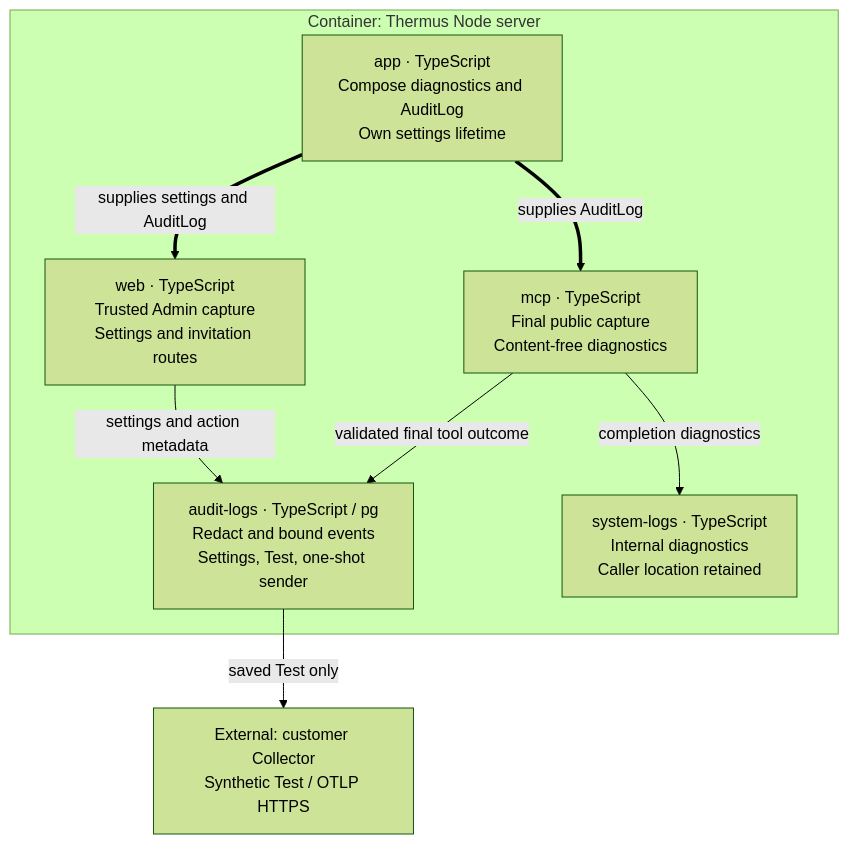
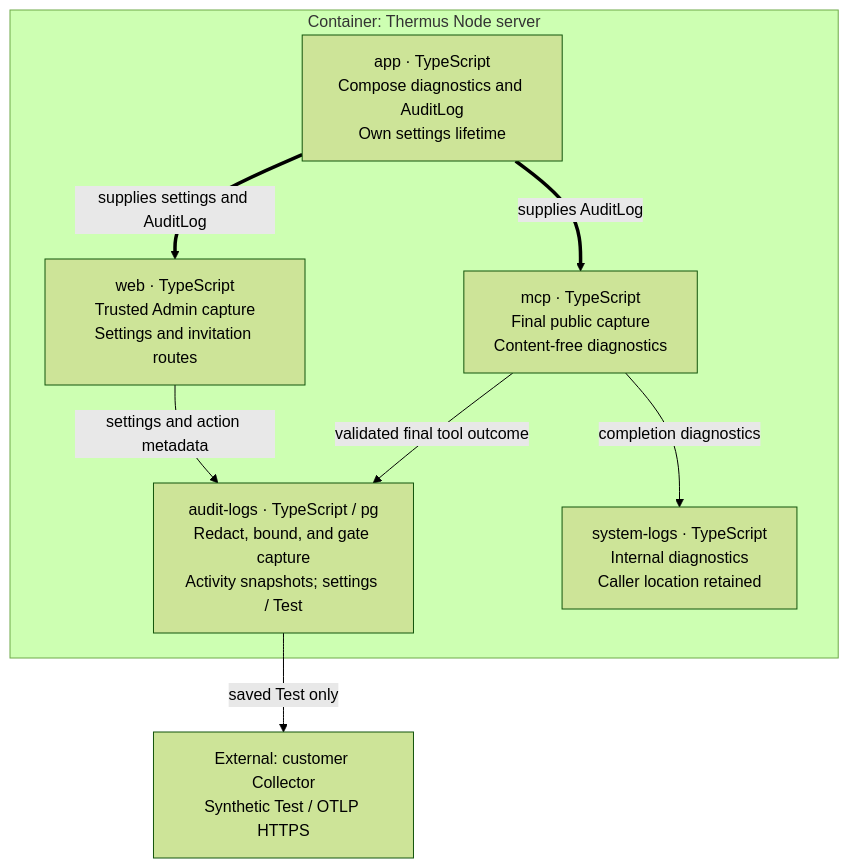
The seventh of 13 diagrams in architecture/components.md (tomer-mayara/Thermus), drawn with Mermaid (forest theme) before and after one commit. The commit also changed other lines of this file and 19 other files, not shown here.

Commit message:
feat(audit): load bounded destination snapshots on activity

````diff
--- a/architecture/components.md
+++ b/architecture/components.md
@@ -305,17 +306,17 @@
 ```mermaid
 flowchart TB
   subgraph logs_server["Container: Thermus Node server"]
     logs_app["app · TypeScript<br/>Compose diagnostics and AuditLog<br/>Own settings lifetime"]
     logs_mcp["mcp · TypeScript<br/>Final public capture<br/>Content-free diagnostics"]
     logs_web["web · TypeScript<br/>Trusted Admin capture<br/>Settings and invitation routes"]
-    logs_audit["audit-logs · TypeScript / pg<br/>Redact and bound events<br/>Settings, Test, one-shot sender"]
+    logs_audit["audit-logs · TypeScript / pg<br/>Redact, bound, and gate capture<br/>Activity snapshots; settings / Test"]
     logs_system["system-logs · TypeScript<br/>Internal diagnostics<br/>Caller location retained"]
   end
   logs_collector["External: customer Collector<br/>Synthetic Test / OTLP HTTPS"]
   logs_app ==>|supplies AuditLog| logs_mcp
   logs_app ==>|supplies settings and AuditLog| logs_web
   logs_mcp -->|validated final tool outcome| logs_audit
   logs_web -->|settings and action metadata| logs_audit
   logs_mcp -->|completion diagnostics| logs_system
   logs_audit -->|saved Test only| logs_collector
 ```
````
